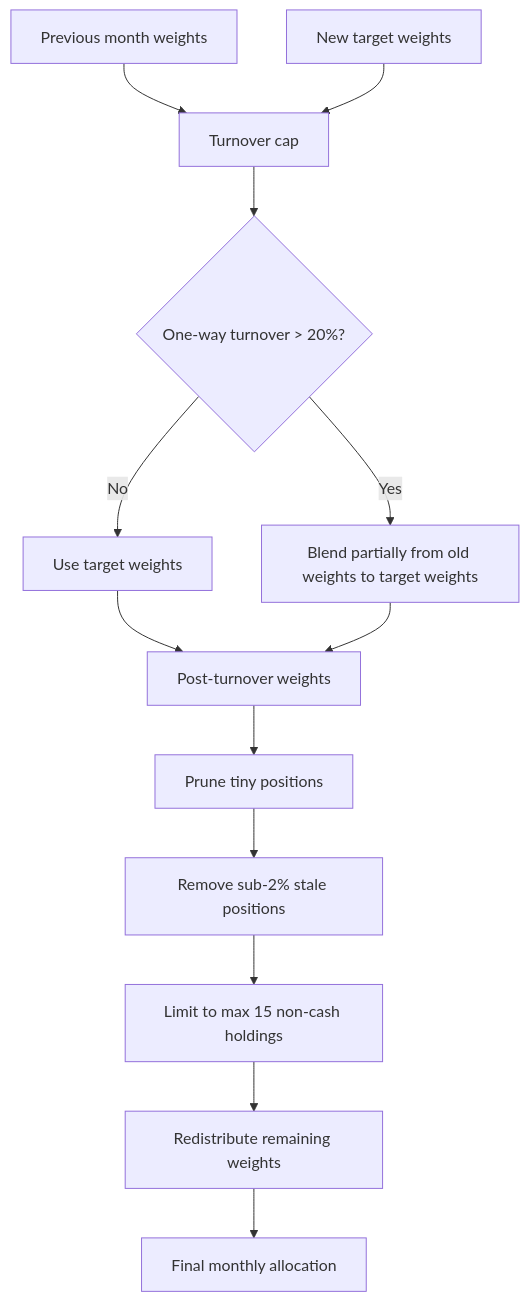
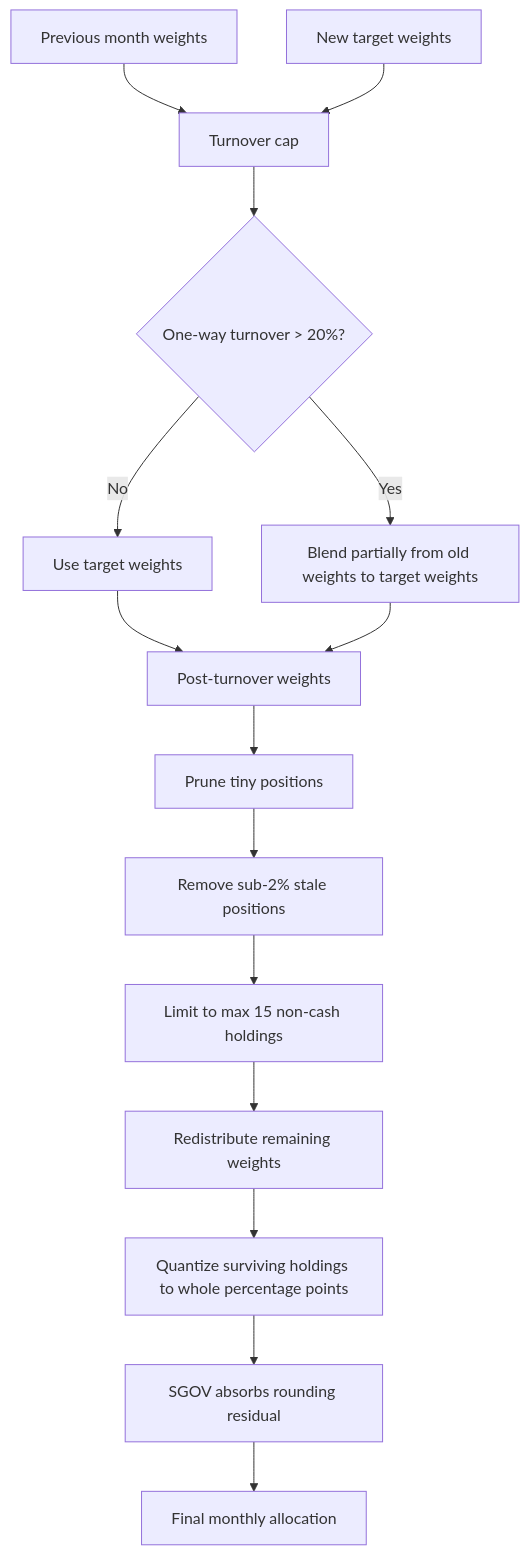
Before and after one commit to rohanptl/Gemini-riskfolio-lib: diagram 11 of 14 in README.md, drawn with Mermaid. The commit also changed other lines of this file and 3 other files, not shown here.

````diff
--- a/README.md
+++ b/README.md
@@ -834,18 +834,20 @@
 ```mermaid
 flowchart TD
     A[Previous month weights] --> C[Turnover cap]
     B[New target weights] --> C
 
     C --> D{One-way turnover > 20%?}
     D -- No --> E[Use target weights]
     D -- Yes --> F[Blend partially from old weights to target weights]
 
     E --> G[Post-turnover weights]
     F --> G
 
     G --> H[Prune tiny positions]
     H --> I[Remove sub-2% stale positions]
     I --> J[Limit to max 15 non-cash holdings]
     J --> K[Redistribute remaining weights]
-    K --> L[Final monthly allocation]
+    K --> L[Quantize surviving holdings to whole percentage points]
+    L --> M[SGOV absorbs rounding residual]
+    M --> N[Final monthly allocation]
 ```
````
